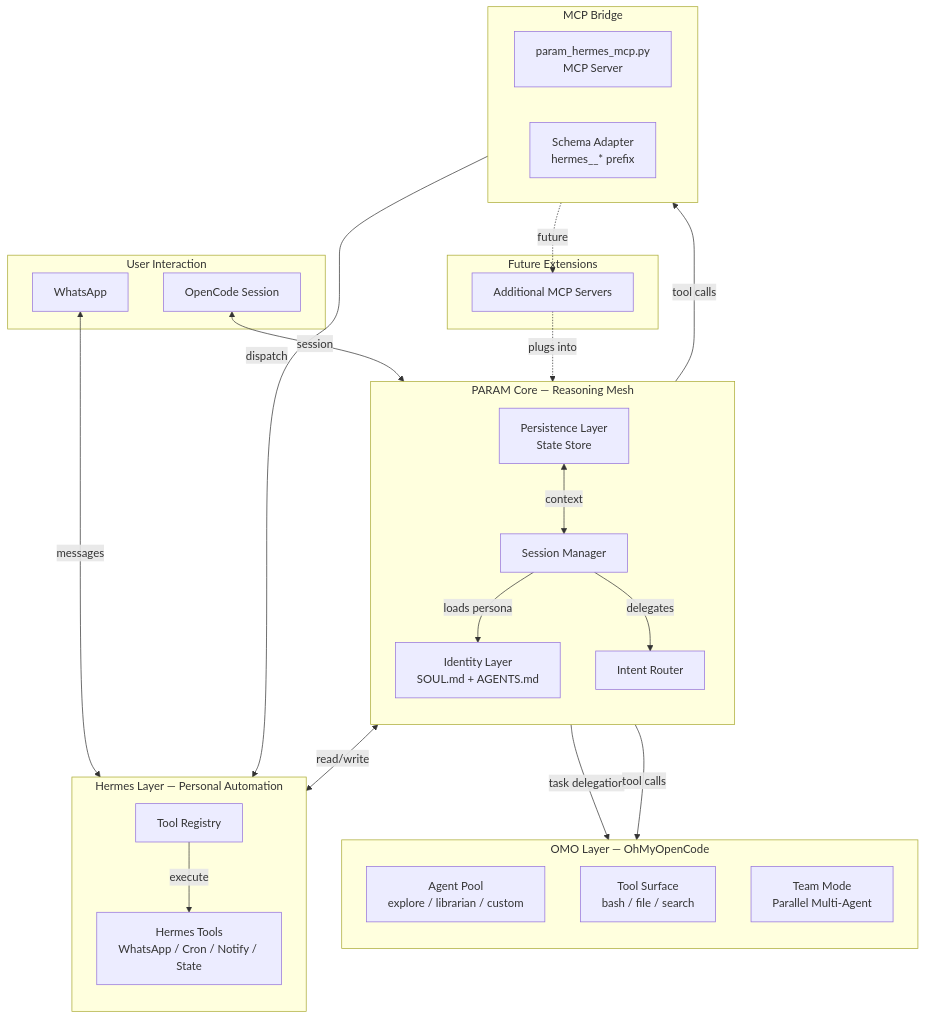
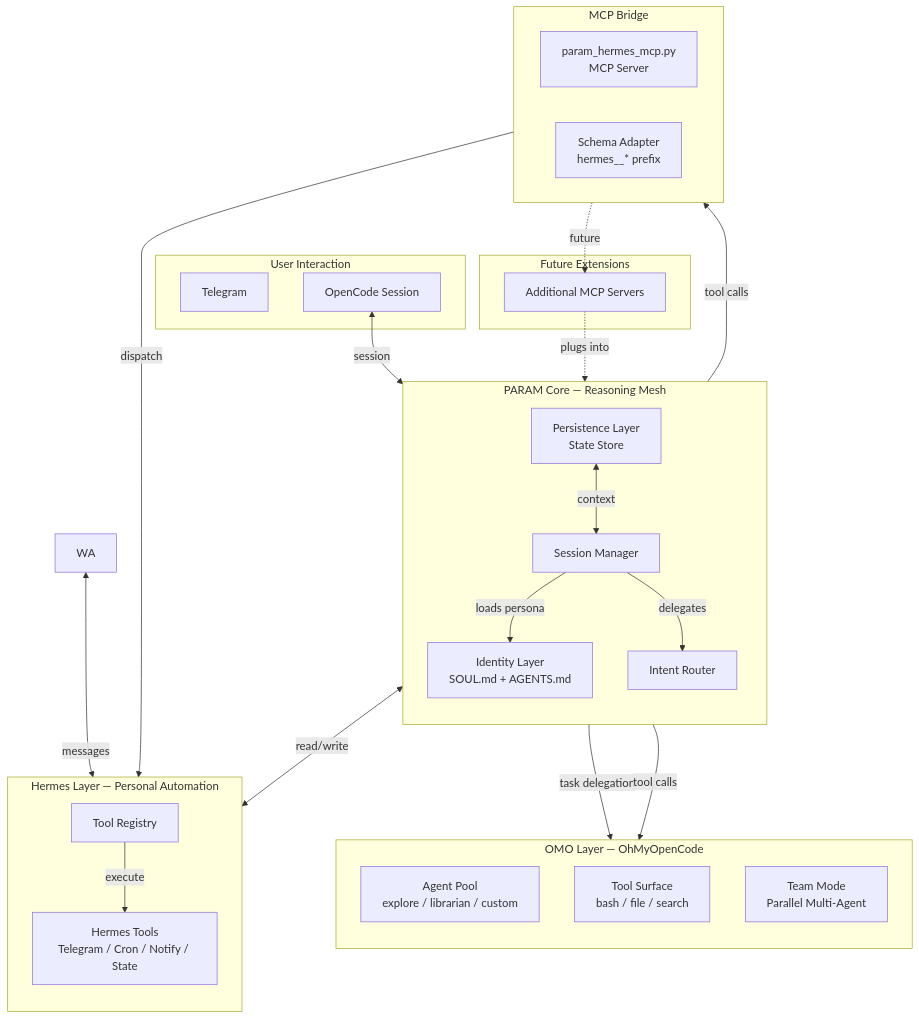
One commit to gajendravaradhan/persistent-agentic-reasoning-automation-mesh changed the first of 6 diagrams in specs/ARCHITECTURE.md. Above: the diagram before and after it, drawn with Mermaid. The commit also changed other lines of this file and 3 other files, not shown here.

````diff
--- a/specs/ARCHITECTURE.md
+++ b/specs/ARCHITECTURE.md
@@ -13,56 +13,56 @@
 ```mermaid
 graph TB
     subgraph User["User Interaction"]
-        WA[WhatsApp]
+        TG[Telegram]
         OMO_UI[OpenCode Session]
     end
 
     subgraph PARAM["PARAM Core — Reasoning Mesh"]
         direction TB
         IDENTITY[Identity Layer<br/>SOUL.md + AGENTS.md]
         ROUTER[Intent Router]
         SESSION[Session Manager]
         PERSIST[Persistence Layer<br/>State Store]
     end
 
     subgraph OMO["OMO Layer — OhMyOpenCode"]
         direction TB
         OMO_AGENTS[Agent Pool<br/>explore / librarian / custom]
         OMO_TOOLS[Tool Surface<br/>bash / file / search]
         TEAM[Team Mode<br/>Parallel Multi-Agent]
     end
 
     subgraph HERMES["Hermes Layer — Personal Automation"]
         direction TB
-        HERMES_TOOLS[Hermes Tools<br/>WhatsApp / Cron / Notify / State]
+        HERMES_TOOLS[Hermes Tools<br/>Telegram / Cron / Notify / State]
         HERMES_REG[Tool Registry]
     end
 
     subgraph MCP_BRIDGE["MCP Bridge"]
         direction LR
         MCP_SERVER[param_hermes_mcp.py<br/>MCP Server]
         SCHEMA_ADAPT[Schema Adapter<br/>hermes__* prefix]
     end
 
     subgraph EXTENSIONS["Future Extensions"]
         FUTURE_MCP[Additional MCP Servers]
     end
 
     WA <-->|messages| HERMES_TOOLS
     OMO_UI <-->|session| SESSION
 
     SESSION -->|loads persona| IDENTITY
     SESSION -->|delegates| ROUTER
     ROUTER -->|task delegation| OMO_AGENTS
     ROUTER -->|tool calls| MCP_SERVER
     ROUTER -->|tool calls| OMO_TOOLS
 
     MCP_SERVER -->|dispatch| HERMES_REG
     HERMES_REG -->|execute| HERMES_TOOLS
 
     PERSIST <-->|read/write| HERMES_TOOLS
     PERSIST <-->|context| SESSION
 
     MCP_BRIDGE -.->|future| FUTURE_MCP
     FUTURE_MCP -.->|plugs into| PARAM
 ```
````
